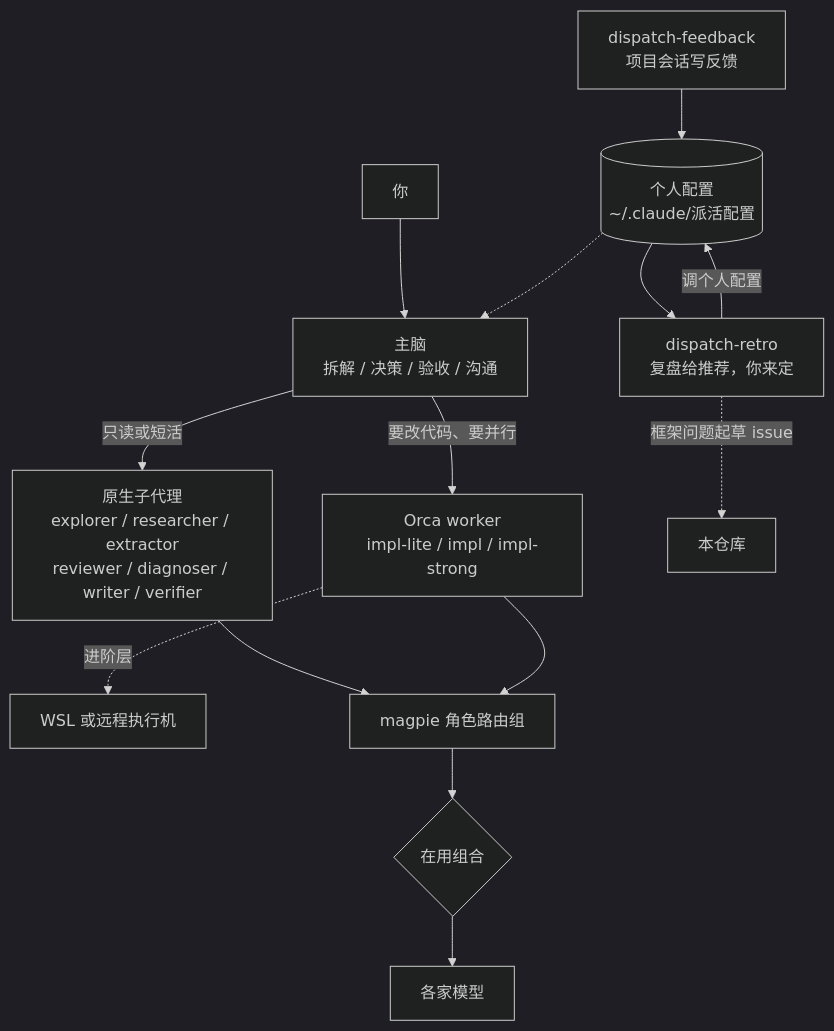
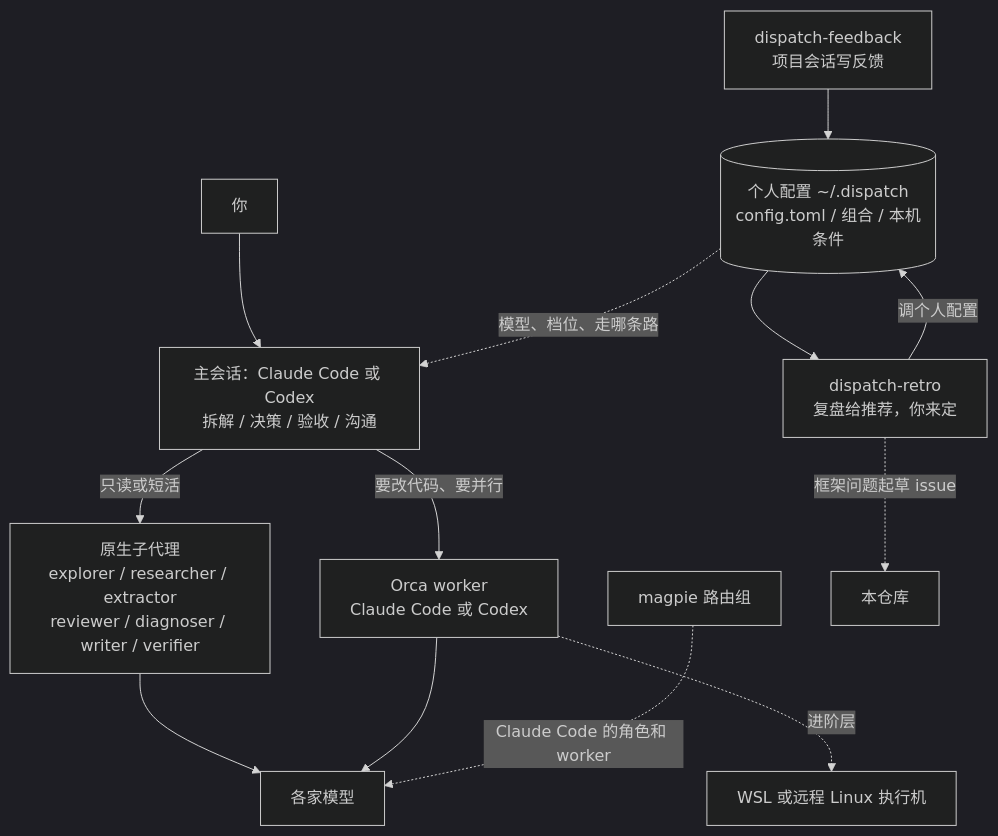
One commit to lordfine/agent-dispatch changed the diagram in README.md. Above: the diagram before and after it, drawn with Mermaid (dark theme). The commit also changed other lines of this file and 37 other files, not shown here.

First line of the commit message:
v3.2.0：Codex 当主会话、个人配置移到 ~/.dispatch、执行机同步支持 SSH

````diff
--- a/README.md
+++ b/README.md
@@ -41,19 +50,18 @@
 ```mermaid
 flowchart TD
-    U[你] --> B[主脑<br/>拆解 / 决策 / 验收 / 沟通]
+    U[你] --> B[主会话：Claude Code 或 Codex<br/>拆解 / 决策 / 验收 / 沟通]
 
     B -->|只读或短活| A[原生子代理<br/>explorer / researcher / extractor<br/>reviewer / diagnoser / writer / verifier]
-    B -->|要改代码、要并行| W[Orca worker<br/>impl-lite / impl / impl-strong]
-    W -.->|进阶层| X[WSL 或远程执行机]
+    B -->|要改代码、要并行| W[Orca worker<br/>Claude Code 或 Codex]
+    W -.->|进阶层| X[WSL 或远程 Linux 执行机]
 
-    A --> R[magpie 角色路由组]
-    W --> R
-    R --> C{在用组合}
-    C --> M[各家模型]
+    A --> M[各家模型]
+    W --> M
 
-    P[(个人配置<br/>~/.claude/派活配置)] -.-> B
-    F[dispatch-feedback<br/>项目会话写反馈] --> P
-    P --> RT[dispatch-retro<br/>复盘给推荐，你来定]
-    RT -->|调个人配置| P
+    CFG[(个人配置 ~/.dispatch<br/>config.toml / 组合 / 本机条件)] -.->|模型、档位、走哪条路| B
+    G[magpie 路由组] -.->|Claude Code 的角色和 worker| M
+    F[dispatch-feedback<br/>项目会话写反馈] --> CFG
+    CFG --> RT[dispatch-retro<br/>复盘给推荐，你来定]
+    RT -->|调个人配置| CFG
     RT -.->|框架问题起草 issue| GH[本仓库]
 ```
````
